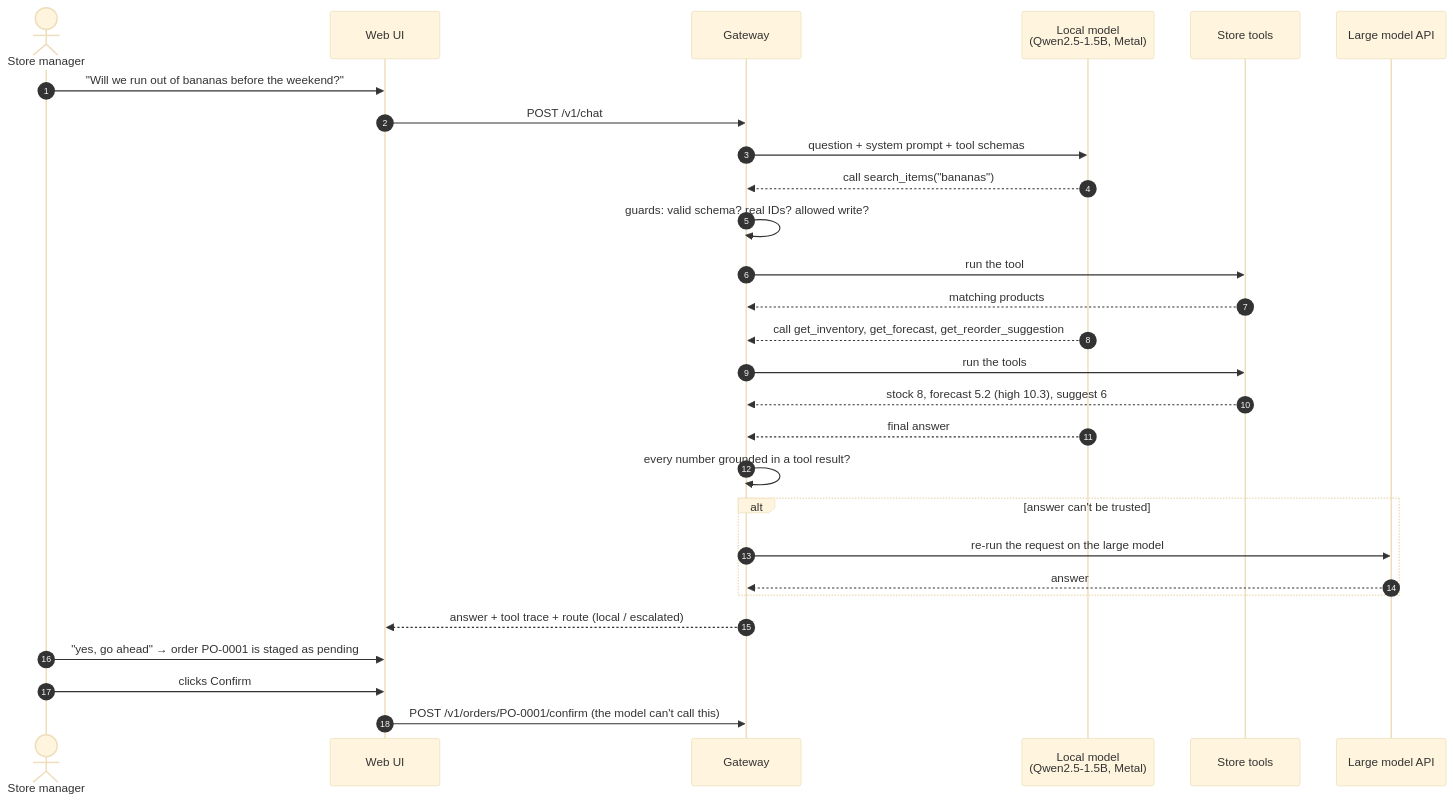
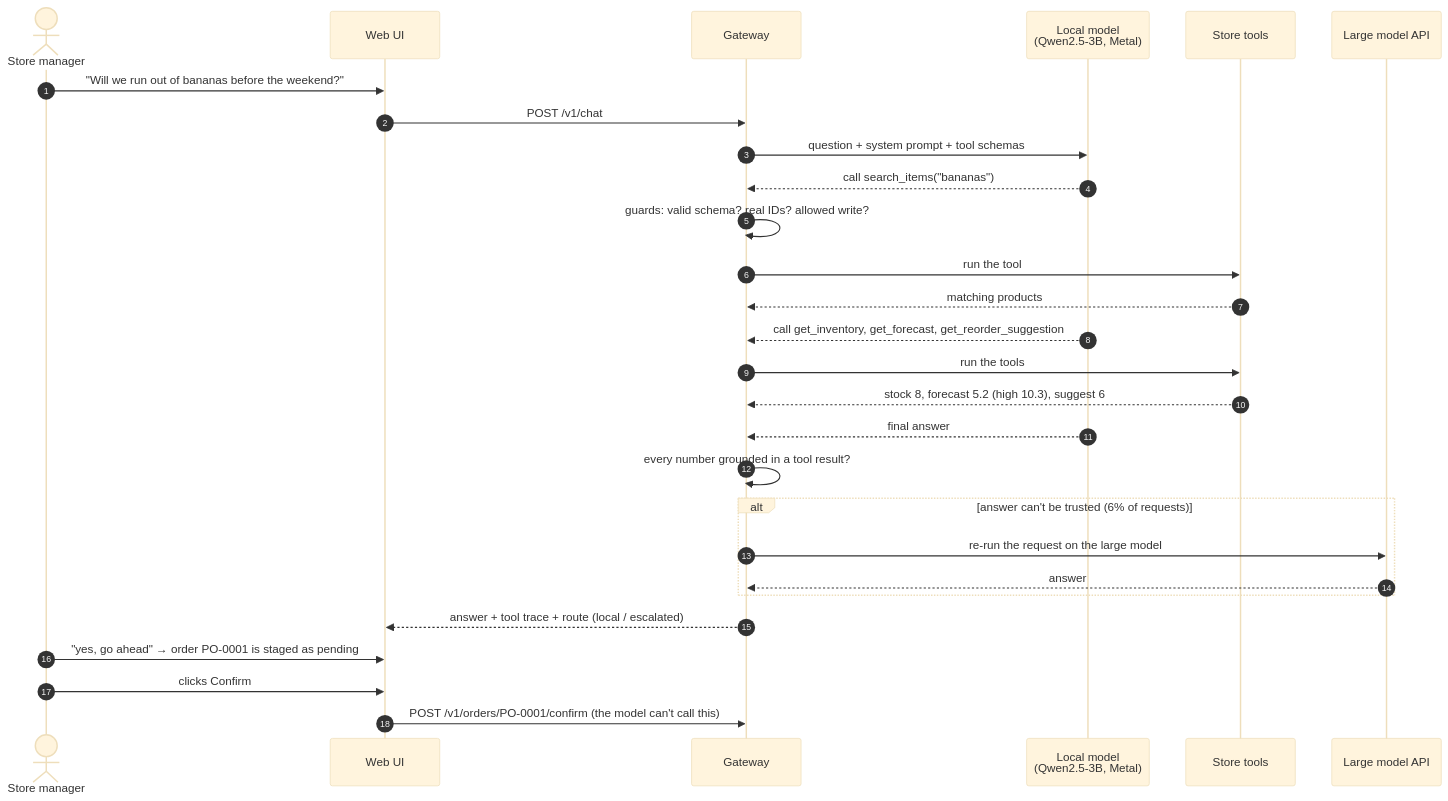
The first of 2 diagrams in README.md (meanderinghuman/storeops-copilot), drawn with Mermaid (base theme) before and after one commit. The commit also changed other lines of this file and 3 other files, not shown here.

````diff
--- a/README.md
+++ b/README.md
@@ -47,30 +47,30 @@
 ```mermaid
 sequenceDiagram
     autonumber
     actor M as Store manager
     participant UI as Web UI
     participant G as Gateway
-    participant L as Local model<br/>(Qwen2.5-1.5B, Metal)
+    participant L as Local model<br/>(Qwen2.5-3B, Metal)
     participant T as Store tools
     participant B as Large model API
     M->>UI: "Will we run out of bananas before the weekend?"
     UI->>G: POST /v1/chat
     G->>L: question + system prompt + tool schemas
     L-->>G: call search_items("bananas")
     G->>G: guards: valid schema? real IDs? allowed write?
     G->>T: run the tool
     T-->>G: matching products
     L-->>G: call get_inventory, get_forecast, get_reorder_suggestion
     G->>T: run the tools
     T-->>G: stock 8, forecast 5.2 (high 10.3), suggest 6
     L-->>G: final answer
     G->>G: every number grounded in a tool result?
-    alt answer can't be trusted
+    alt answer can't be trusted (6% of requests)
         G->>B: re-run the request on the large model
         B-->>G: answer
     end
     G-->>UI: answer + tool trace + route (local / escalated)
     M->>UI: "yes, go ahead" → order PO-0001 is staged as pending
     M->>UI: clicks Confirm
     UI->>G: POST /v1/orders/PO-0001/confirm (the model can't call this)
 ```
````
